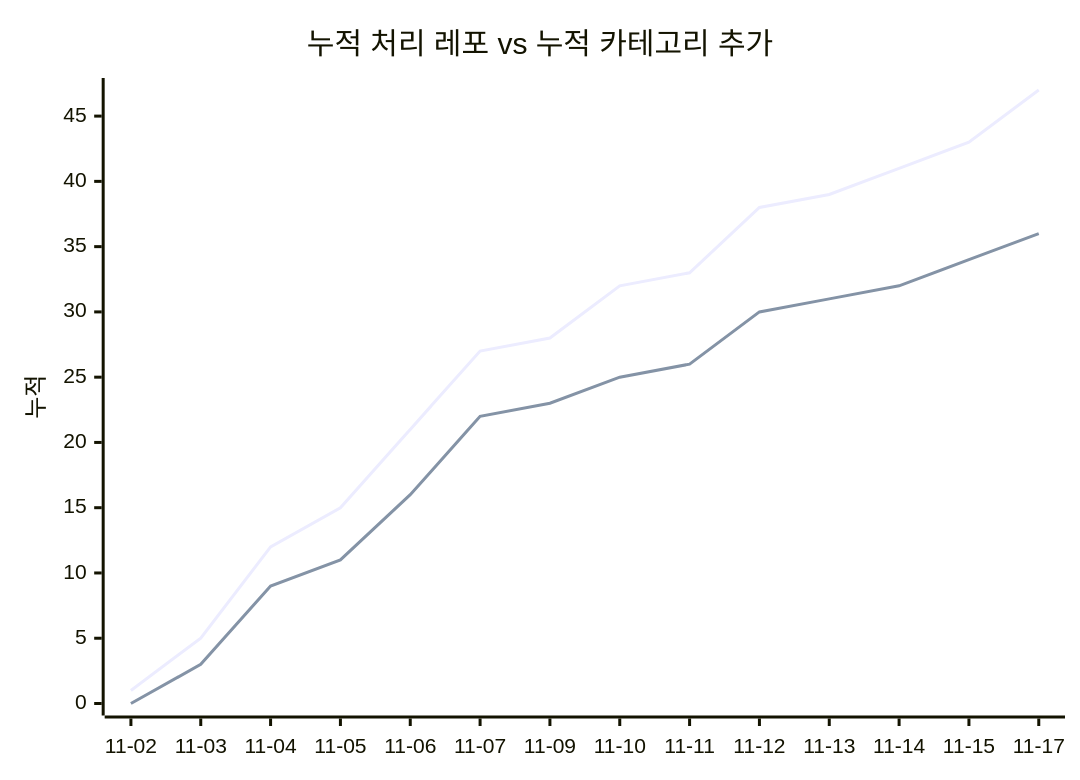
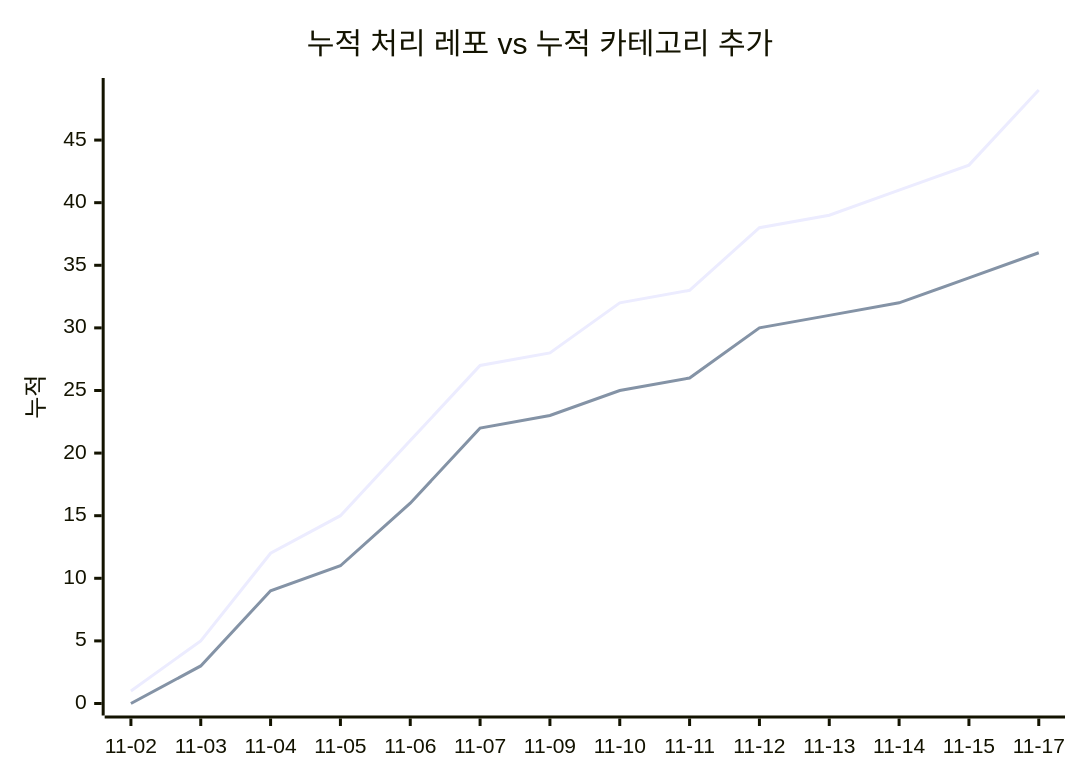
Before and after one commit to J-nowcow/awesome-korean-agent-skills: the second of 2 diagrams in docs/trends.md, drawn with Mermaid. The commit also changed other lines of this file and 2 other files, not shown here.

````diff
--- a/docs/trends.md
+++ b/docs/trends.md
@@ -68,8 +68,8 @@
 ```mermaid
 xychart-beta
     title "누적 처리 레포 vs 누적 카테고리 추가"
     x-axis ["11-02","11-03","11-04","11-05","11-06","11-07","11-09","11-10","11-11","11-12","11-13","11-14","11-15","11-17"]
     y-axis "누적"
-    line [1,5,12,15,21,27,28,32,33,38,39,41,43,47]
+    line [1,5,12,15,21,27,28,32,33,38,39,41,43,49]
     line [0,3,9,11,16,22,23,25,26,30,31,32,34,36]
 ```
````
